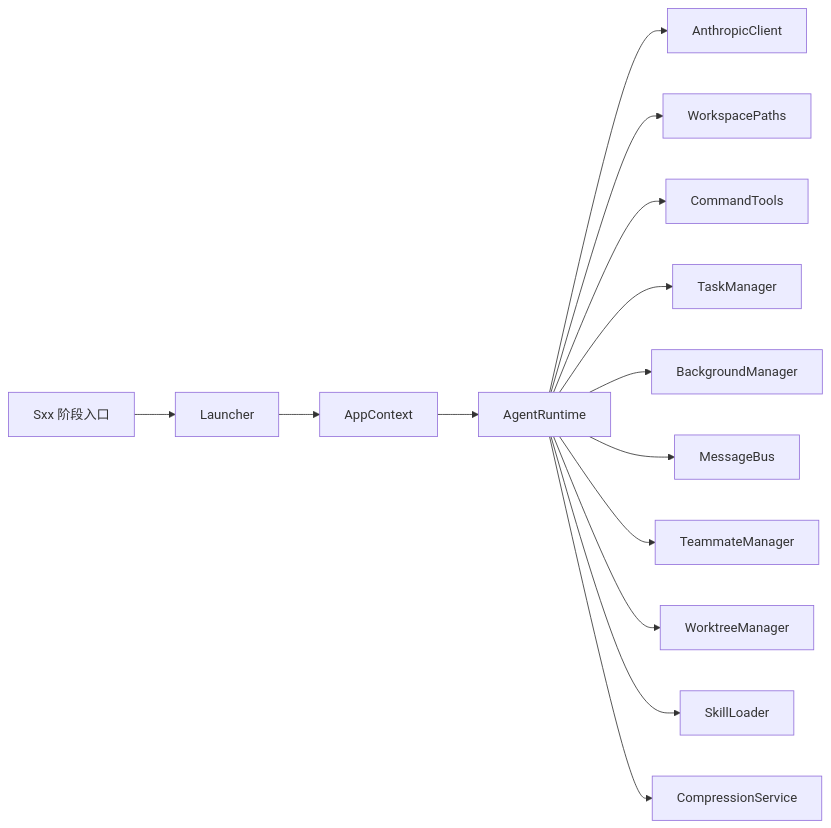
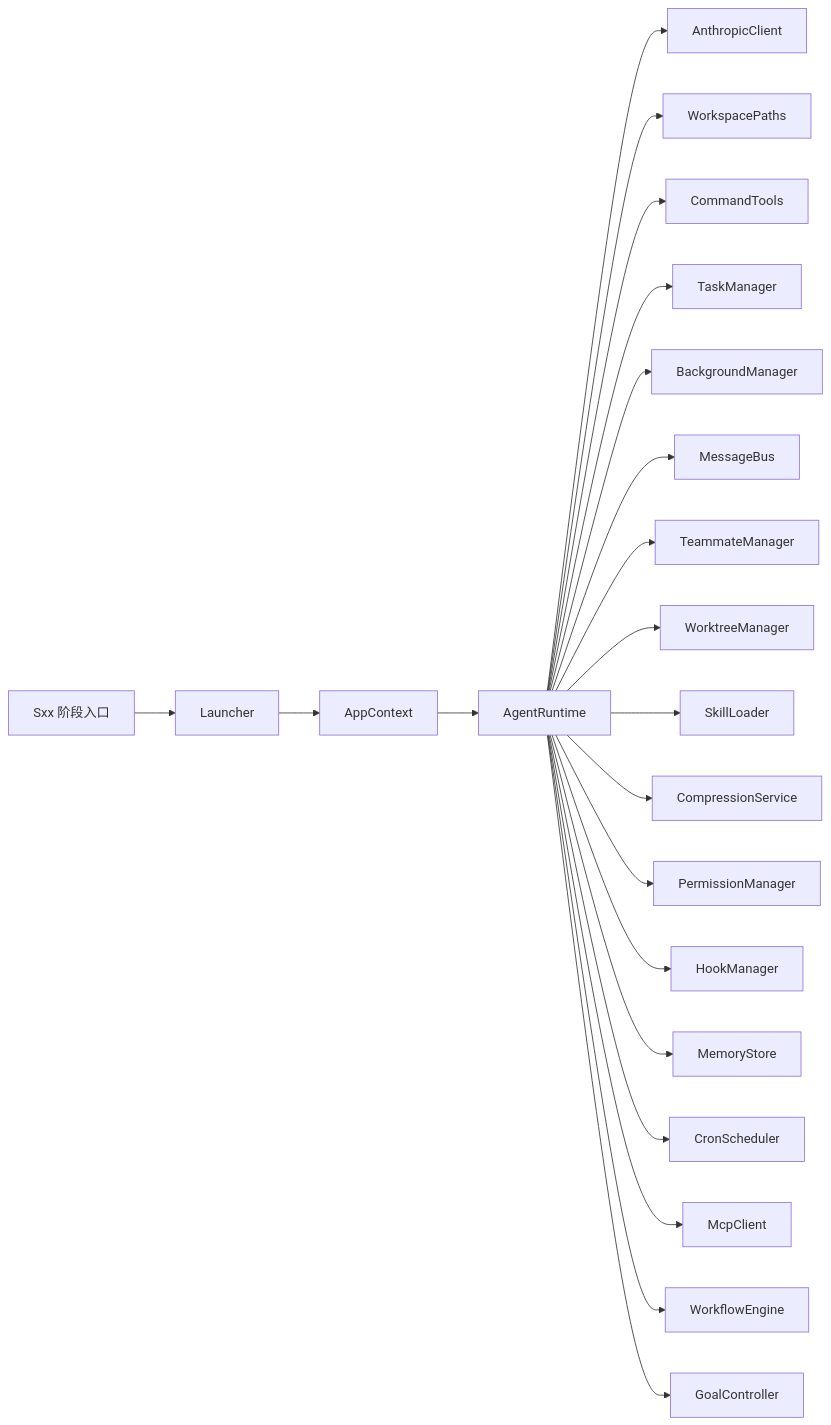
The fifth of 5 diagrams in .qoder/repowiki/zh/content/开发者指南/扩展开发/自定义学习阶段开发.md (chenlds1994/learn-claude-code-java), drawn with Mermaid before and after one commit. The commit also changed other lines of this file and 143 other files, not shown here.

First line of the commit message:
更新 repowiki 与 drawio 教程图至 17 阶段结构

````diff
--- a/.qoder/repowiki/zh/content/开发者指南/扩展开发/自定义学习阶段开发.md
+++ b/.qoder/repowiki/zh/content/开发者指南/扩展开发/自定义学习阶段开发.md
@@ -255,16 +262,23 @@
 ```mermaid
 graph LR
 Sxx["Sxx 阶段入口"] --> L["Launcher"]
 L --> AC["AppContext"]
 AC --> AR["AgentRuntime"]
 AR --> CL["AnthropicClient"]
 AR --> WP["WorkspacePaths"]
 AR --> CT["CommandTools"]
 AR --> TM["TaskManager"]
 AR --> BM["BackgroundManager"]
 AR --> MB["MessageBus"]
 AR --> TMM["TeammateManager"]
 AR --> WM["WorktreeManager"]
 AR --> SL["SkillLoader"]
 AR --> CS["CompressionService"]
+AR --> PM["PermissionManager"]
+AR --> HM["HookManager"]
+AR --> MS["MemoryStore"]
+AR --> CR["CronScheduler"]
+AR --> MC["McpClient"]
+AR --> WE["WorkflowEngine"]
+AR --> GC["GoalController"]
 ```
````
